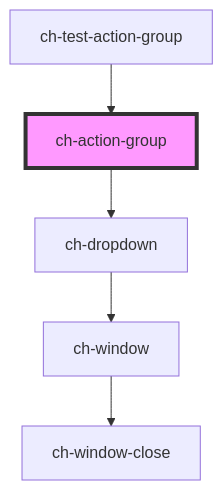
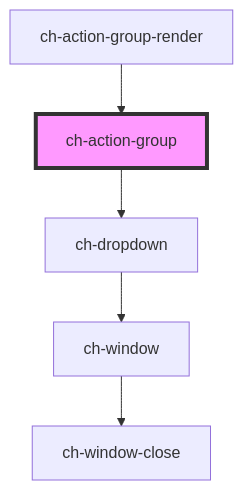
The diagram in src/components/action-group/readme.md (genexuslabs/chameleon-controls-library), drawn with Mermaid before and after one commit. The commit also changed other lines of this file and 6 other files, not shown here.

````diff
--- a/src/components/action-group/readme.md
+++ b/src/components/action-group/readme.md
@@ -55,8 +55,8 @@
 ```mermaid
 graph TD;
   ch-action-group --> ch-dropdown
   ch-dropdown --> ch-window
   ch-window --> ch-window-close
-  ch-test-action-group --> ch-action-group
+  ch-action-group-render --> ch-action-group
   style ch-action-group fill:#f9f,stroke:#333,stroke-width:4px
 ```
````
